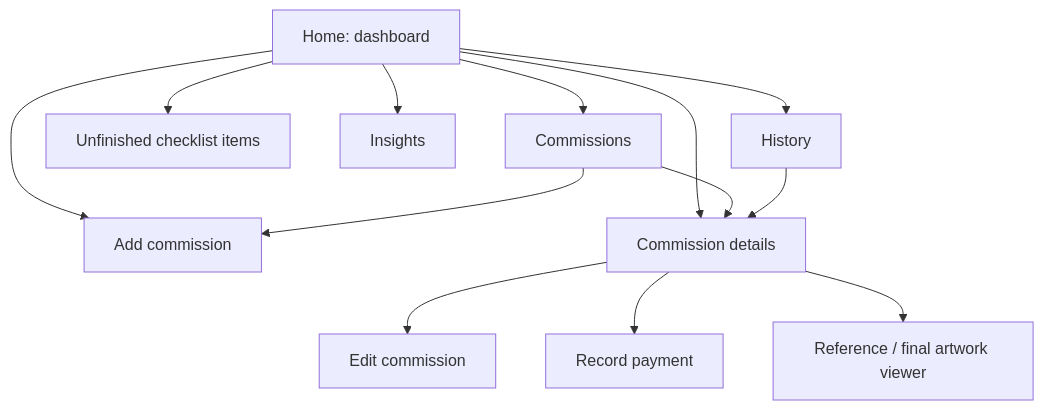
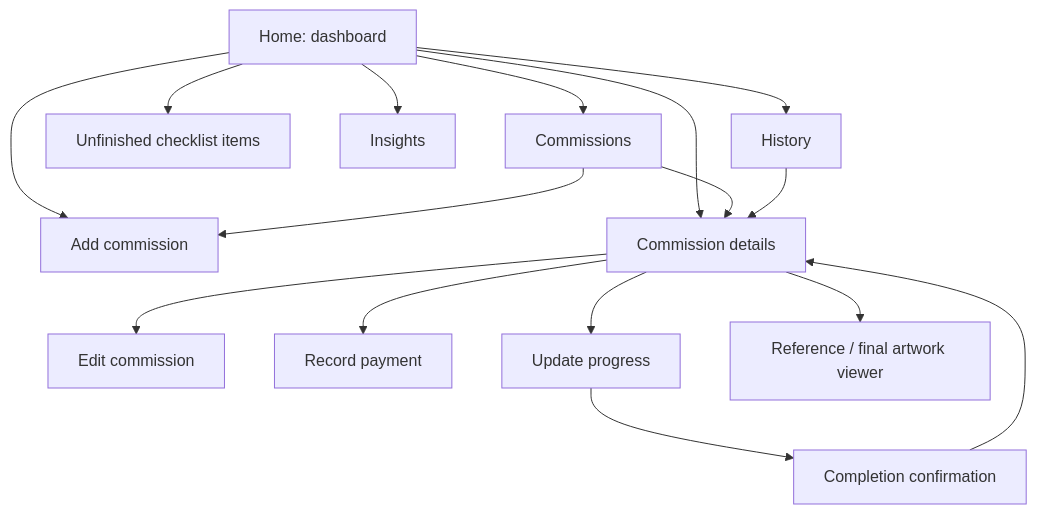
The diagram in docs/screens.md (yezdenz/obra), drawn with Mermaid before and after one commit. The commit also changed other lines of this file and 10 other files, not shown here.

Commit message:
Draft progress and completion wireframes with numbered routes

````diff
--- a/docs/screens.md
+++ b/docs/screens.md
@@ -74,15 +75,18 @@
 ```mermaid
 flowchart TD
     Home[Home: dashboard] --> List[Commissions]
     Home --> Add[Add commission]
     Home --> Detail[Commission details]
     Home --> Tasks[Unfinished checklist items]
     Home --> Insights[Insights]
     Home --> History[History]
     List --> Add
     List --> Detail
     History --> Detail
     Detail --> Edit[Edit commission]
     Detail --> Payment[Record payment]
+    Detail --> Progress[Update progress]
+    Progress --> Finish[Completion confirmation]
+    Finish --> Detail
     Detail --> Image[Reference / final artwork viewer]
 ```
````
